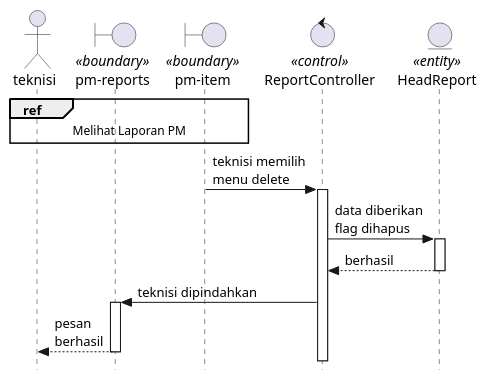
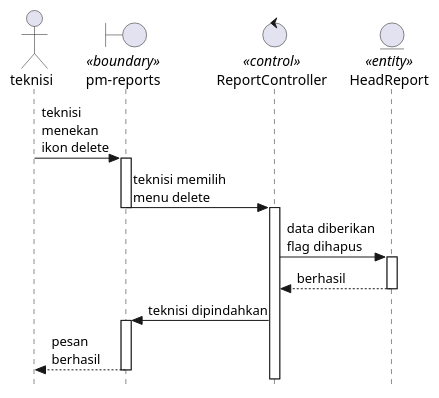
One commit to KPL-slur/eec-sifse-fixed changed the fourth of 4 diagrams in Docs/diagrams/sequence/PmReport.plantuml. Above: the diagram before and after it, drawn with PlantUML. The commit also changed other lines of this file and 19 other files, not shown here.

```diff
--- a/Docs/diagrams/sequence/PmReport.plantuml
+++ b/Docs/diagrams/sequence/PmReport.plantuml
@@ -133,24 +130,23 @@
 @startuml deletePM
 
 skinparam style strictuml
 
 actor teknisi
 boundary "pm-reports" as pm <<boundary>>
-boundary "pm-item" as pmItem <<boundary>>
 control ReportController <<control>>
 entity HeadReport <<entity>>
 
-ref over teknisi, pmItem : Melihat Laporan PM
-
-pmItem -> ReportController : teknisi memilih\nmenu delete
-    deactivate pmItem
+teknisi -> pm : teknisi\nmenekan\nikon delete
+    activate pm
+pm -> ReportController : teknisi memilih\nmenu delete
+    deactivate pm
     activate ReportController
 ReportController -> HeadReport : data diberikan\nflag dihapus
     activate HeadReport
     return berhasil
 ReportController -> pm : teknisi dipindahkan
     activate pm
 pm --> teknisi : pesan\nberhasil
     deactivate pm
 
 @enduml
```
